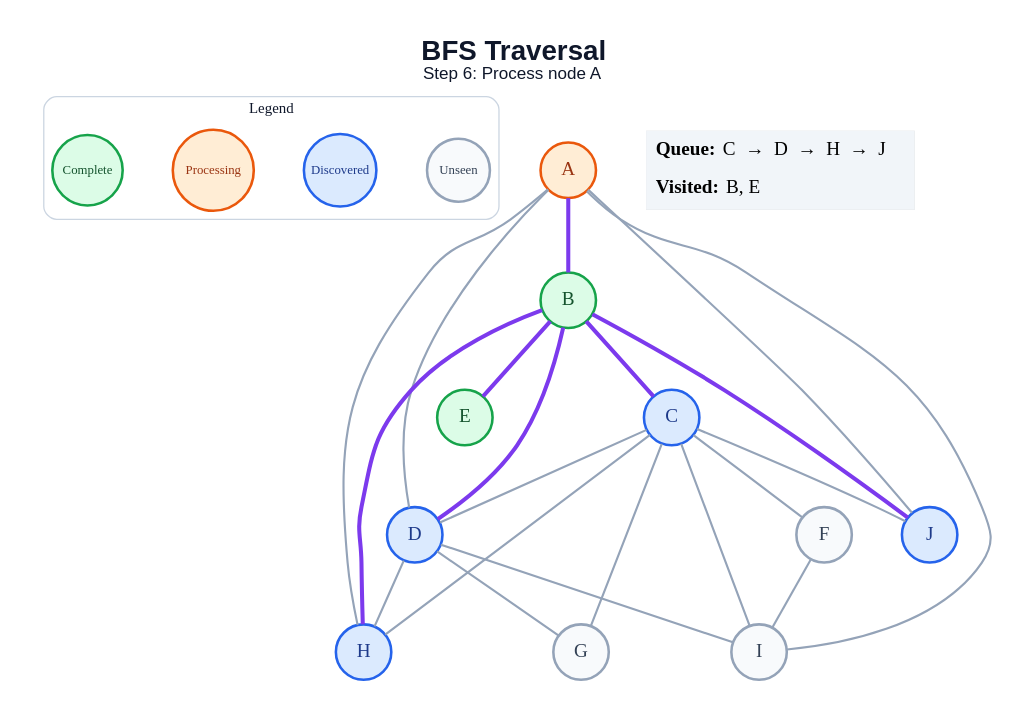
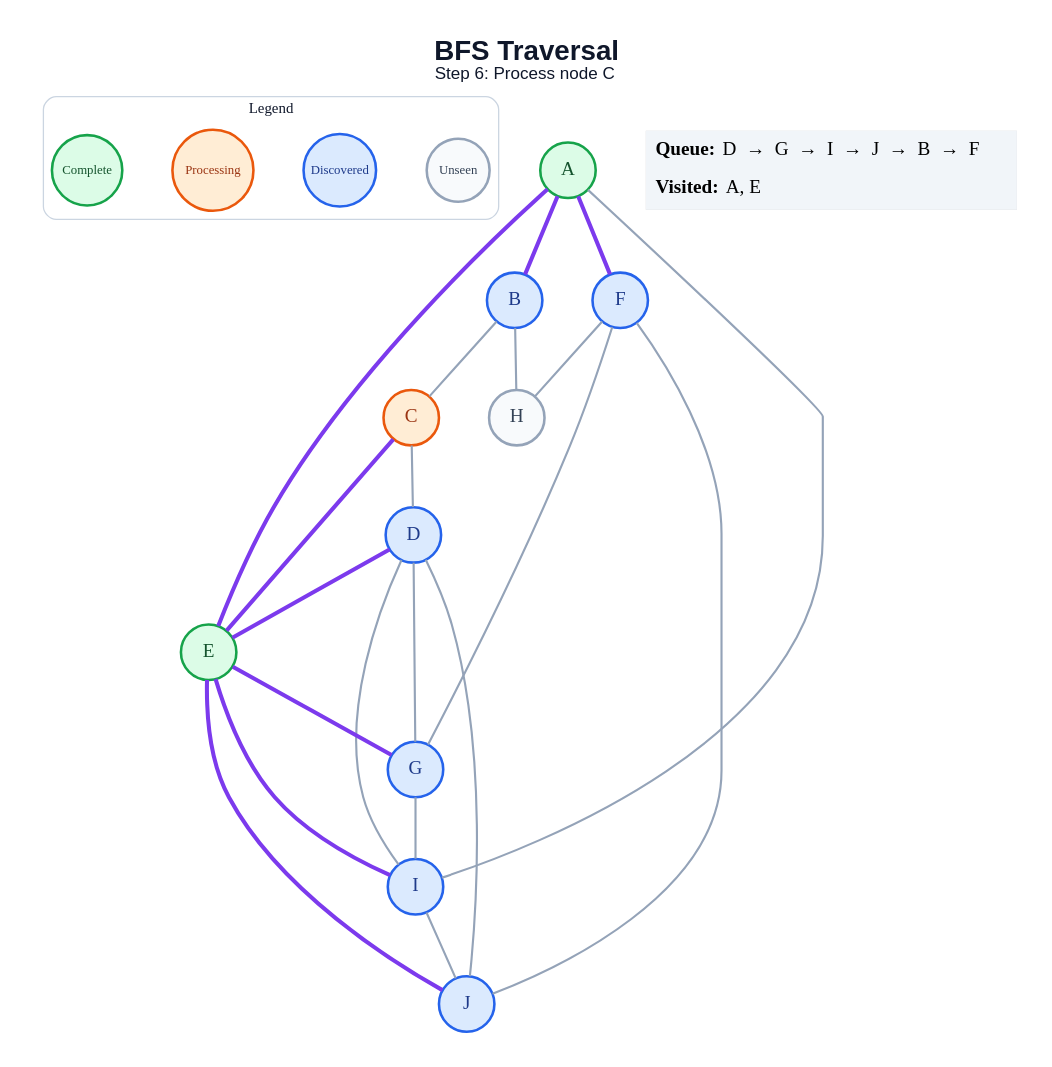
Before and after one commit to amanghodawala9/ai-slop: the diagram in generated/specific-node/bfs/step_06.dot, drawn with Graphviz. The commit also changed 178 other files, not shown here.

```diff
--- a/generated/specific-node/bfs/step_06.dot
+++ b/generated/specific-node/bfs/step_06.dot
@@ -1,49 +1,49 @@
 graph traversal {
   graph [layout=dot, rankdir=TB, bgcolor="#FFFFFF", pad="0.35", nodesep="0.65", ranksep="0.8", fontname="Arial"];
   node [shape=circle, style="filled", fontname="Arial Bold", fontsize=18, width=0.72, fixedsize=true, penwidth=2.4];
   edge [color="#94A3B8", penwidth=2.0];
-  label=<<B>BFS Traversal</B><BR/><FONT POINT-SIZE="16">Step 6: Process node A</FONT>>; labelloc="t"; fontsize=26; fontname="Arial"; fontcolor="#0F172A";
+  label=<<B>BFS Traversal</B><BR/><FONT POINT-SIZE="16">Step 6: Process node C</FONT>>; labelloc="t"; fontsize=26; fontname="Arial"; fontcolor="#0F172A";
   subgraph cluster_legend { label="Legend"; color="#CBD5E1"; penwidth=1.2; style="rounded"; fontsize=14; fontname="Arial Bold";
     key_unseen [label="Unseen", fillcolor="#F8FAFC", color="#94A3B8", fontcolor="#334155", fontsize=12, width=0.82];
     key_frontier [label="Discovered", fillcolor="#DBEAFE", color="#2563EB", fontcolor="#1E3A8A", fontsize=12, width=0.95];
     key_current [label="Processing", fillcolor="#FFEDD5", color="#EA580C", fontcolor="#9A3412", fontsize=12, width=1.05];
     key_done [label="Complete", fillcolor="#DCFCE7", color="#16A34A", fontcolor="#14532D", fontsize=12, width=0.92];
     { rank=same; key_unseen; key_frontier; key_current; key_done; }
   }
-  A [fillcolor="#FFEDD5", color="#EA580C", fontcolor="#9A3412"];
-  B [fillcolor="#DCFCE7", color="#16A34A", fontcolor="#14532D"];
-  C [fillcolor="#DBEAFE", color="#2563EB", fontcolor="#1E3A8A"];
+  A [fillcolor="#DCFCE7", color="#16A34A", fontcolor="#14532D"];
+  B [fillcolor="#DBEAFE", color="#2563EB", fontcolor="#1E3A8A"];
+  C [fillcolor="#FFEDD5", color="#EA580C", fontcolor="#9A3412"];
   D [fillcolor="#DBEAFE", color="#2563EB", fontcolor="#1E3A8A"];
   E [fillcolor="#DCFCE7", color="#16A34A", fontcolor="#14532D"];
-  F [fillcolor="#F8FAFC", color="#94A3B8", fontcolor="#334155"];
-  G [fillcolor="#F8FAFC", color="#94A3B8", fontcolor="#334155"];
-  H [fillcolor="#DBEAFE", color="#2563EB", fontcolor="#1E3A8A"];
-  I [fillcolor="#F8FAFC", color="#94A3B8", fontcolor="#334155"];
+  F [fillcolor="#DBEAFE", color="#2563EB", fontcolor="#1E3A8A"];
+  G [fillcolor="#DBEAFE", color="#2563EB", fontcolor="#1E3A8A"];
+  H [fillcolor="#F8FAFC", color="#94A3B8", fontcolor="#334155"];
+  I [fillcolor="#DBEAFE", color="#2563EB", fontcolor="#1E3A8A"];
   J [fillcolor="#DBEAFE", color="#2563EB", fontcolor="#1E3A8A"];
   A -- B [color="#7C3AED", penwidth=3.8];
-  A -- D;
-  A -- H;
+  A -- E [color="#7C3AED", penwidth=3.8];
+  A -- F [color="#7C3AED", penwidth=3.8];
   A -- I;
-  A -- J;
-  B -- C [color="#7C3AED", penwidth=3.8];
-  B -- D [color="#7C3AED", penwidth=3.8];
-  B -- E [color="#7C3AED", penwidth=3.8];
-  B -- H [color="#7C3AED", penwidth=3.8];
-  B -- J [color="#7C3AED", penwidth=3.8];
+  B -- C;
+  B -- H;
   C -- D;
-  C -- F;
-  C -- G;
-  C -- H;
-  C -- I;
-  C -- J;
+  C -- E [color="#7C3AED", penwidth=3.8];
+  D -- E [color="#7C3AED", penwidth=3.8];
   D -- G;
-  D -- H;
   D -- I;
-  F -- I;
+  D -- J;
+  E -- G [color="#7C3AED", penwidth=3.8];
+  E -- I [color="#7C3AED", penwidth=3.8];
+  E -- J [color="#7C3AED", penwidth=3.8];
+  F -- G;
+  F -- H;
+  F -- J;
+  G -- I;
+  I -- J;
   status [shape=plain, fixedsize=false, width=0, height=0, margin=0, label=<
     <TABLE BORDER="0" CELLBORDER="0" CELLPADDING="7" BGCOLOR="#F1F5F9">
-      <TR><TD ALIGN="LEFT"><B>Queue:</B> C  →  D  →  H  →  J</TD></TR>
-      <TR><TD ALIGN="LEFT"><B>Visited:</B> B, E</TD></TR>
+      <TR><TD ALIGN="LEFT"><B>Queue:</B> D  →  G  →  I  →  J  →  B  →  F</TD></TR>
+      <TR><TD ALIGN="LEFT"><B>Visited:</B> A, E</TD></TR>
     </TABLE>
   >];
 }
```
